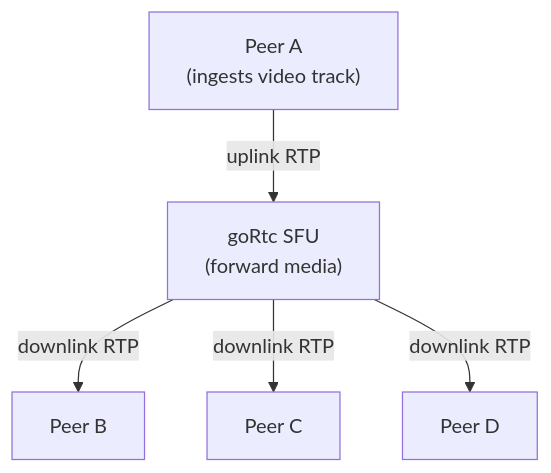
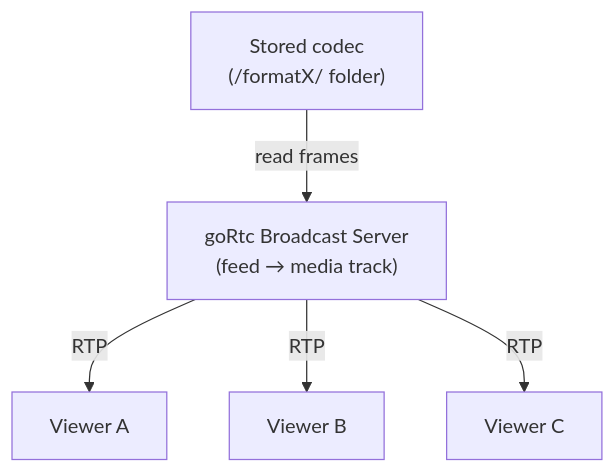
The fifth of 5 diagrams in README.md (HarshaVardhan-reddi/goRtc), drawn with Mermaid before and after one commit. The commit also changed other lines of this file, not shown here.

Commit message:
docs: reframe roadmap as transcoding pipeline + live broadcast server

````diff
--- a/README.md
+++ b/README.md
@@ -259,7 +269,7 @@
 ```mermaid
 flowchart TD
-    P1["Peer A<br/>(ingests video track)"] -- "uplink RTP" --> SFU["goRtc SFU<br/>(forward media)"]
-    SFU -- "downlink RTP" --> P2["Peer B"]
-    SFU -- "downlink RTP" --> P3["Peer C"]
-    SFU -- "downlink RTP" --> P4["Peer D"]
+    STORE["Stored codec<br/>(/formatX/ folder)"] -- "read frames" --> SRV["goRtc Broadcast Server<br/>(feed → media track)"]
+    SRV -- "RTP" --> V1["Viewer A"]
+    SRV -- "RTP" --> V2["Viewer B"]
+    SRV -- "RTP" --> V3["Viewer C"]
 ```
````
